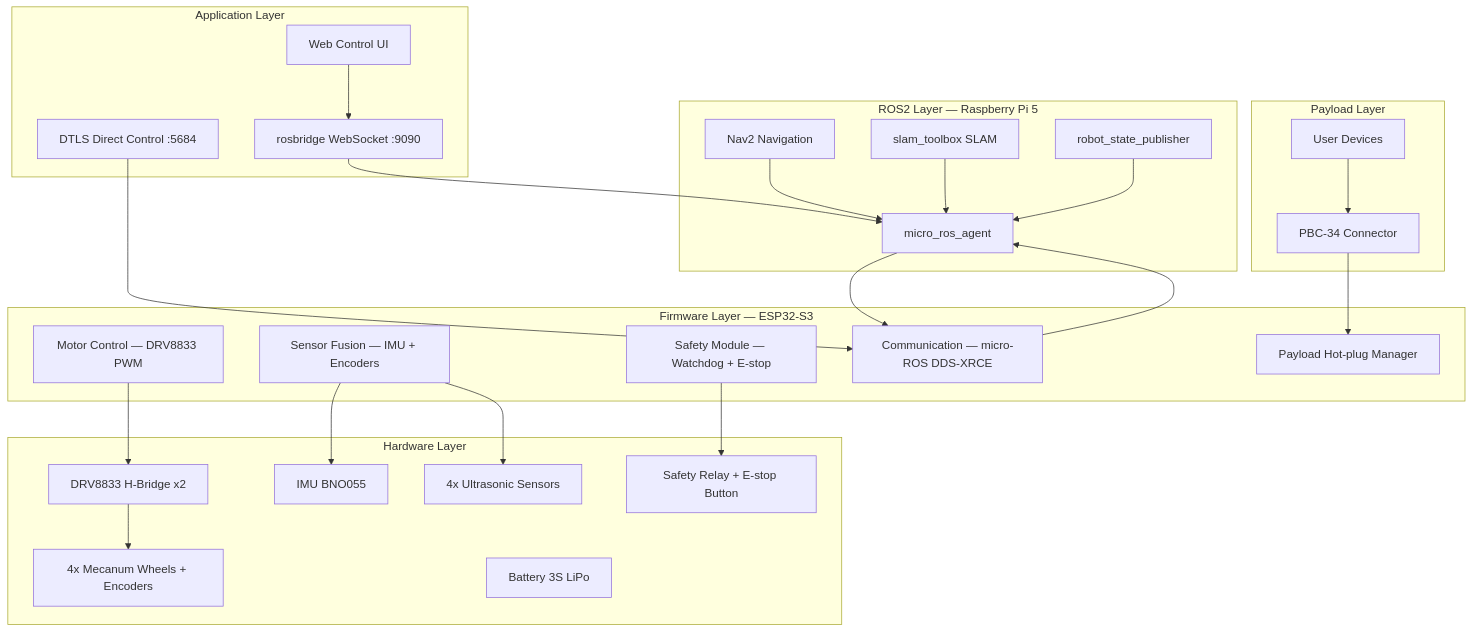
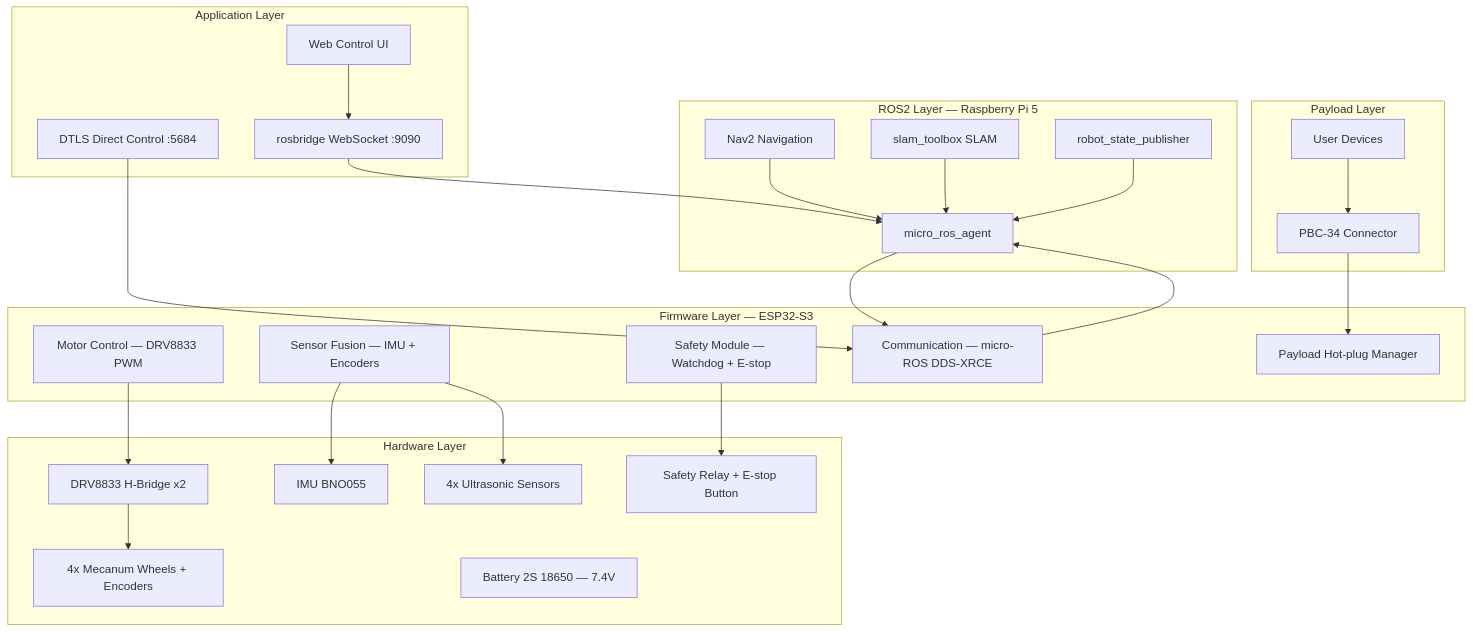
One commit to telleroutlook/3we-robot-platform changed the first of 6 diagrams in docs/architecture-diagrams.md. Above: the diagram before and after it, drawn with Mermaid. The commit also changed other lines of this file and 1 other file, not shown here.

Commit message:
docs: fix hardware-software inconsistencies in architecture diagrams and PCB docs
- Fix battery type: 3S LiPo → 2S 18650 (7.4V) to match firmware config,
  BOM, and power architecture (DRV8833 max 10.8V input)
- Fix cmd_vel timeout: 1000ms → 500ms to match firmware CMD_VEL_TIMEOUT_MS
- Clarify TPS5430 payload supply is Standard+ SKU component

````diff
--- a/docs/architecture-diagrams.md
+++ b/docs/architecture-diagrams.md
@@ -7,53 +7,53 @@
 ```mermaid
 flowchart TD
     subgraph Payload["Payload Layer"]
         P1[User Devices]
         P2[PBC-34 Connector]
     end
 
     subgraph Application["Application Layer"]
         A1[rosbridge WebSocket :9090]
         A2[Web Control UI]
         A3[DTLS Direct Control :5684]
     end
 
     subgraph ROS2["ROS2 Layer — Raspberry Pi 5"]
         R1[Nav2 Navigation]
         R2[slam_toolbox SLAM]
         R3[robot_state_publisher]
         R4[micro_ros_agent]
     end
 
     subgraph Firmware["Firmware Layer — ESP32-S3"]
         F1[Motor Control — DRV8833 PWM]
         F2[Sensor Fusion — IMU + Encoders]
         F3[Safety Module — Watchdog + E-stop]
         F4[Communication — micro-ROS DDS-XRCE]
         F5[Payload Hot-plug Manager]
     end
 
     subgraph Hardware["Hardware Layer"]
         H1[4x Mecanum Wheels + Encoders]
         H2[DRV8833 H-Bridge x2]
         H3[IMU BNO055]
         H4[4x Ultrasonic Sensors]
         H5[Safety Relay + E-stop Button]
-        H6[Battery 3S LiPo]
+        H6[Battery 2S 18650 — 7.4V]
     end
 
     P1 --> P2
     P2 --> F5
     A2 --> A1
     A3 --> F4
     A1 --> R4
     R1 --> R4
     R2 --> R4
     R3 --> R4
     R4 --> F4
     F1 --> H2
     H2 --> H1
     F2 --> H3
     F2 --> H4
     F3 --> H5
     F4 --> R4
 ```
````
